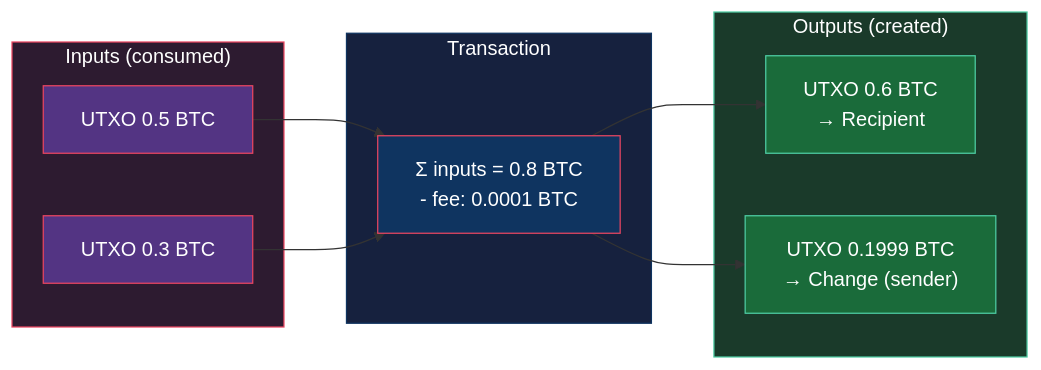
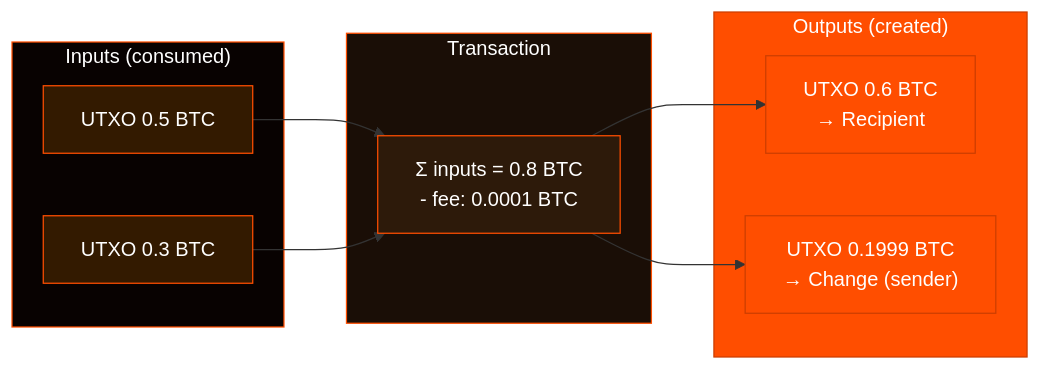
One commit to gatteo/wdk-docs changed the fourth of 5 diagrams in resources/concepts.md. Above: the diagram before and after it, drawn with Mermaid. The commit also changed other lines of this file and 21 other files, not shown here.

Commit message:
docs: update all mermaid diagrams to WDK branding colors (#FF4E00 orange, #080201 dark)

````diff
--- a/resources/concepts.md
+++ b/resources/concepts.md
@@ -191,30 +191,30 @@
 ```mermaid
 flowchart LR
     subgraph Inputs["Inputs (consumed)"]
         UTXO1["UTXO 0.5 BTC"]
         UTXO2["UTXO 0.3 BTC"]
     end
 
     subgraph TX["Transaction"]
         Process["Σ inputs = 0.8 BTC\n- fee: 0.0001 BTC"]
     end
 
     subgraph Outputs["Outputs (created)"]
         Out1["UTXO 0.6 BTC\n→ Recipient"]
         Out2["UTXO 0.1999 BTC\n→ Change (sender)"]
     end
 
     UTXO1 --> Process
     UTXO2 --> Process
     Process --> Out1
     Process --> Out2
 
-    style Inputs fill:#2d1b30,stroke:#e94560,color:#fff
-    style TX fill:#16213e,stroke:#0f3460,color:#fff
-    style Outputs fill:#1a3a2a,stroke:#4ecca3,color:#fff
-    style UTXO1 fill:#533483,stroke:#e94560,color:#fff
-    style UTXO2 fill:#533483,stroke:#e94560,color:#fff
-    style Process fill:#0f3460,stroke:#e94560,color:#fff
-    style Out1 fill:#1a6b3a,stroke:#4ecca3,color:#fff
-    style Out2 fill:#1a6b3a,stroke:#4ecca3,color:#fff
+    style Inputs fill:#080201,stroke:#FF4E00,color:#fff
+    style TX fill:#1a0e06,stroke:#FF4E00,color:#fff
+    style Outputs fill:#FF4E00,stroke:#cc3e00,color:#fff
+    style UTXO1 fill:#331a00,stroke:#FF4E00,color:#fff
+    style UTXO2 fill:#331a00,stroke:#FF4E00,color:#fff
+    style Process fill:#2d1a0a,stroke:#FF4E00,color:#fff
+    style Out1 fill:#FF4E00,stroke:#cc3e00,color:#fff
+    style Out2 fill:#FF4E00,stroke:#cc3e00,color:#fff
 ```
````
